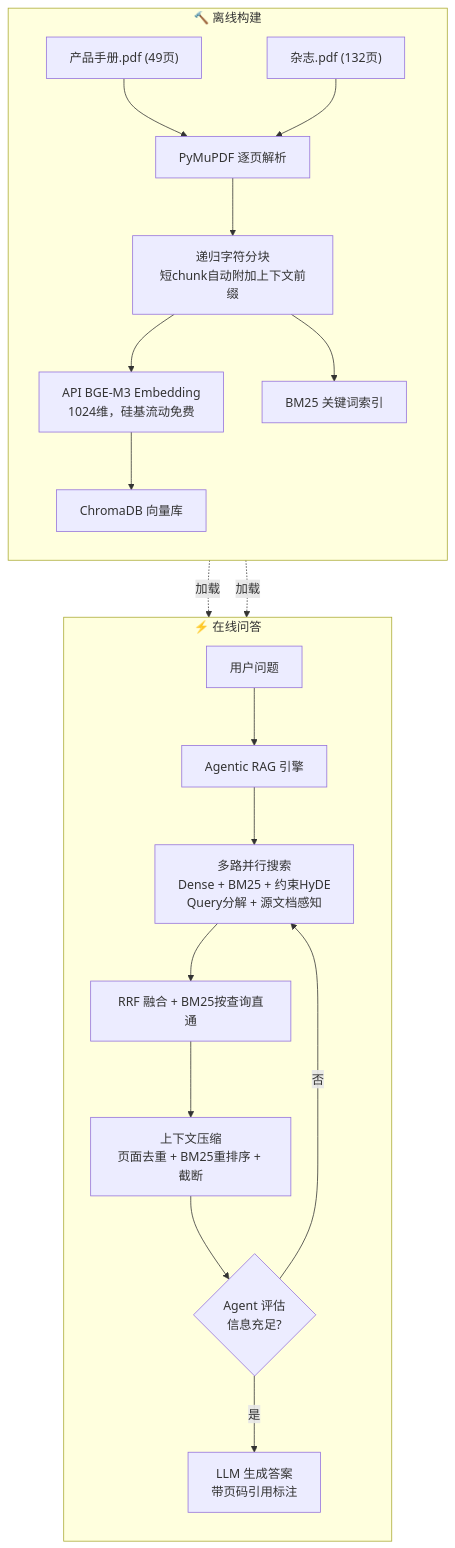
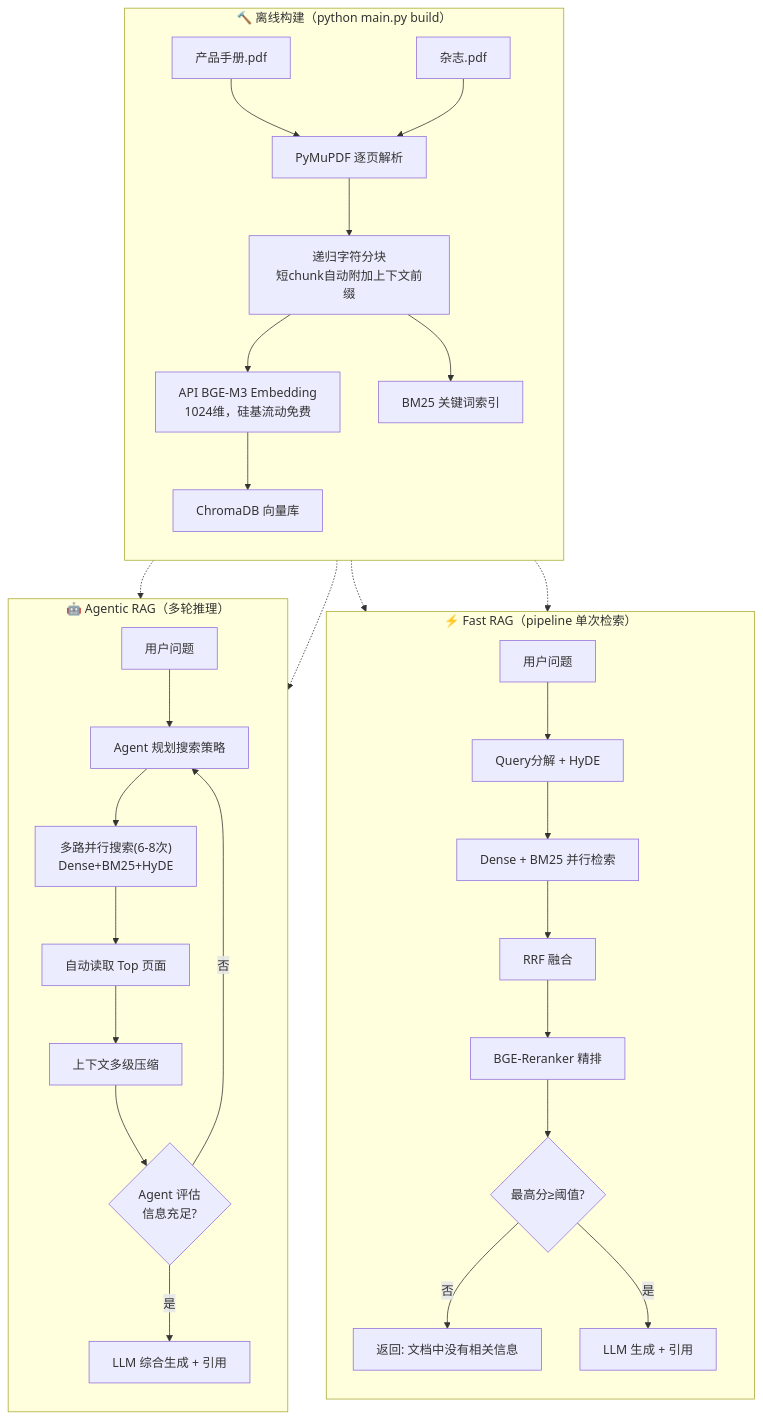
The diagram in README.md (chenkai-coder/Agentic-RAG), drawn with Mermaid before and after one commit. The commit also changed 2 other files, not shown here.

````diff
--- a/README.md
+++ b/README.md
@@ -79,26 +79,39 @@
 ```mermaid
 flowchart TB
-    subgraph Offline["🔨 离线构建"]
+    subgraph Offline["🔨 离线构建（python main.py build）"]
         direction TB
-        A1["产品手册.pdf (49页)"] --> B1["PyMuPDF 逐页解析"]
-        A2["杂志.pdf (132页)"] --> B1
+        A1["产品手册.pdf"] --> B1["PyMuPDF 逐页解析"]
+        A2["杂志.pdf"] --> B1
         B1 --> C1["递归字符分块<br/>短chunk自动附加上下文前缀"]
         C1 --> D1["API BGE-M3 Embedding<br/>1024维，硅基流动免费"]
         D1 --> E1["ChromaDB 向量库"]
         C1 --> E2["BM25 关键词索引"]
     end
 
-    subgraph Online["⚡ 在线问答"]
+    subgraph Fast["⚡ Fast RAG（pipeline 单次检索）"]
         direction TB
-        F1["用户问题"] --> G1["Agentic RAG 引擎"]
-        G1 --> H1["多路并行搜索<br/>Dense + BM25 + 约束HyDE<br/>Query分解 + 源文档感知"]
-        H1 --> I1["RRF 融合 + BM25按查询直通"]
-        I1 --> J1["上下文压缩<br/>页面去重 + BM25重排序 + 截断"]
-        J1 --> K1{"Agent 评估<br/>信息充足?"}
-        K1 -->|"否"| H1
-        K1 -->|"是"| L1["LLM 生成答案<br/>带页码引用标注"]
+        F1["用户问题"] --> F2["Query分解 + HyDE"]
+        F2 --> F3["Dense + BM25 并行检索"]
+        F3 --> F4["RRF 融合"]
+        F4 --> F5["BGE-Reranker 精排"]
+        F5 --> F6{"最高分≥阈值?"}
+        F6 -->|"否"| F7["返回: 文档中没有相关信息"]
+        F6 -->|"是"| F8["LLM 生成 + 引用"]
     end
 
-    E1 -.->|"加载"| H1
-    E2 -.->|"加载"| H1
+    subgraph Agentic["🤖 Agentic RAG（多轮推理）"]
+        direction TB
+        G1["用户问题"] --> G2["Agent 规划搜索策略"]
+        G2 --> G3["多路并行搜索(6-8次)<br/>Dense+BM25+HyDE"]
+        G3 --> G4["自动读取 Top 页面"]
+        G4 --> G5["上下文多级压缩"]
+        G5 --> G6{"Agent 评估<br/>信息充足?"}
+        G6 -->|"否"| G2
+        G6 -->|"是"| G7["LLM 综合生成 + 引用"]
+    end
+
+    E1 -.-> F3
+    E2 -.-> F3
+    E1 -.-> G3
+    E2 -.-> G3
 ```
````
